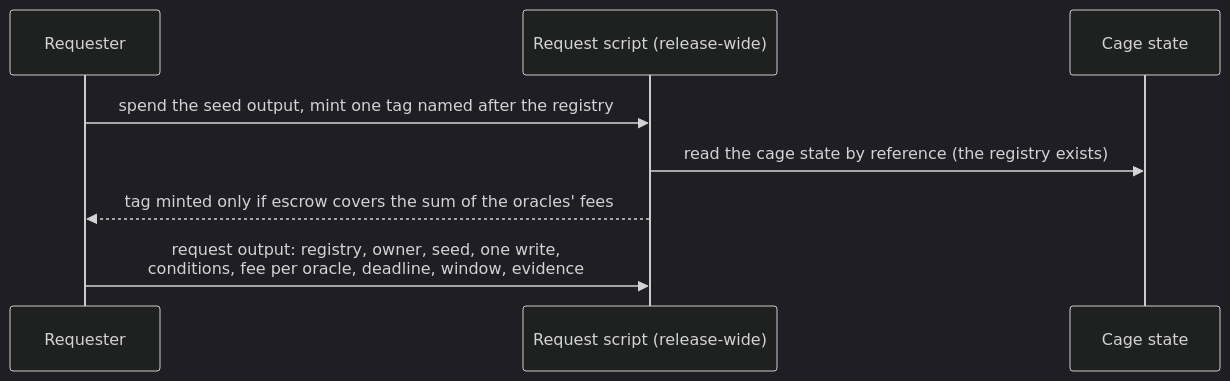
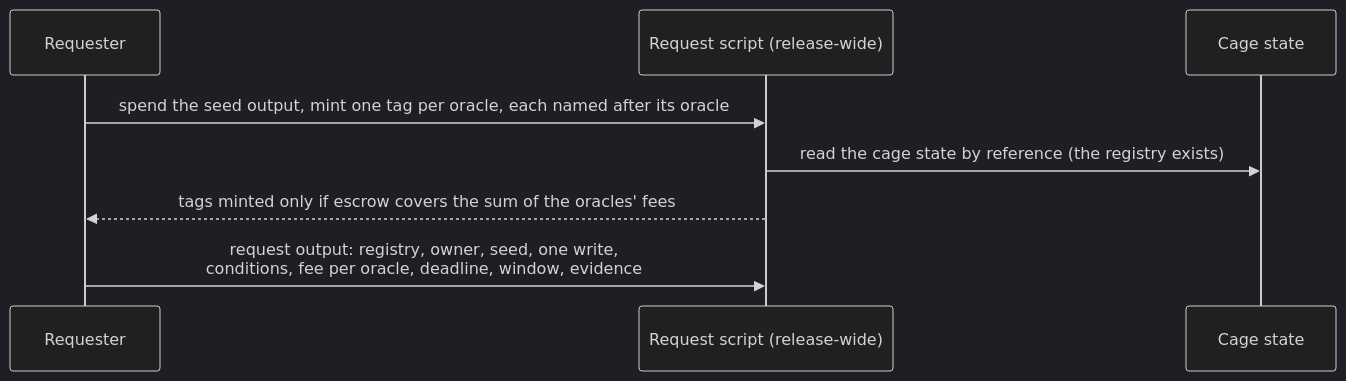
One commit to cardano-foundation/cardano-mpfs-onchain changed the third of 6 diagrams in docs/design/registries/lifecycle.md. Above: the diagram before and after it, drawn with Mermaid (dark theme). The commit also changed other lines of this file and 5 other files, not shown here.

````diff
--- a/docs/design/registries/lifecycle.md
+++ b/docs/design/registries/lifecycle.md
@@ -59,10 +59,10 @@
 ```mermaid
 sequenceDiagram
   participant R as Requester
   participant P as Request script (release-wide)
   participant C as Cage state
-  R->>P: spend the seed output, mint one tag named after the registry
+  R->>P: spend the seed output, mint one tag per oracle, each named after its oracle
   P->>C: read the cage state by reference (the registry exists)
-  P-->>R: tag minted only if escrow covers the sum of the oracles' fees
+  P-->>R: tags minted only if escrow covers the sum of the oracles' fees
   R->>P: request output: registry, owner, seed, one write,<br/>conditions, fee per oracle, deadline, window, evidence
 ```
````
